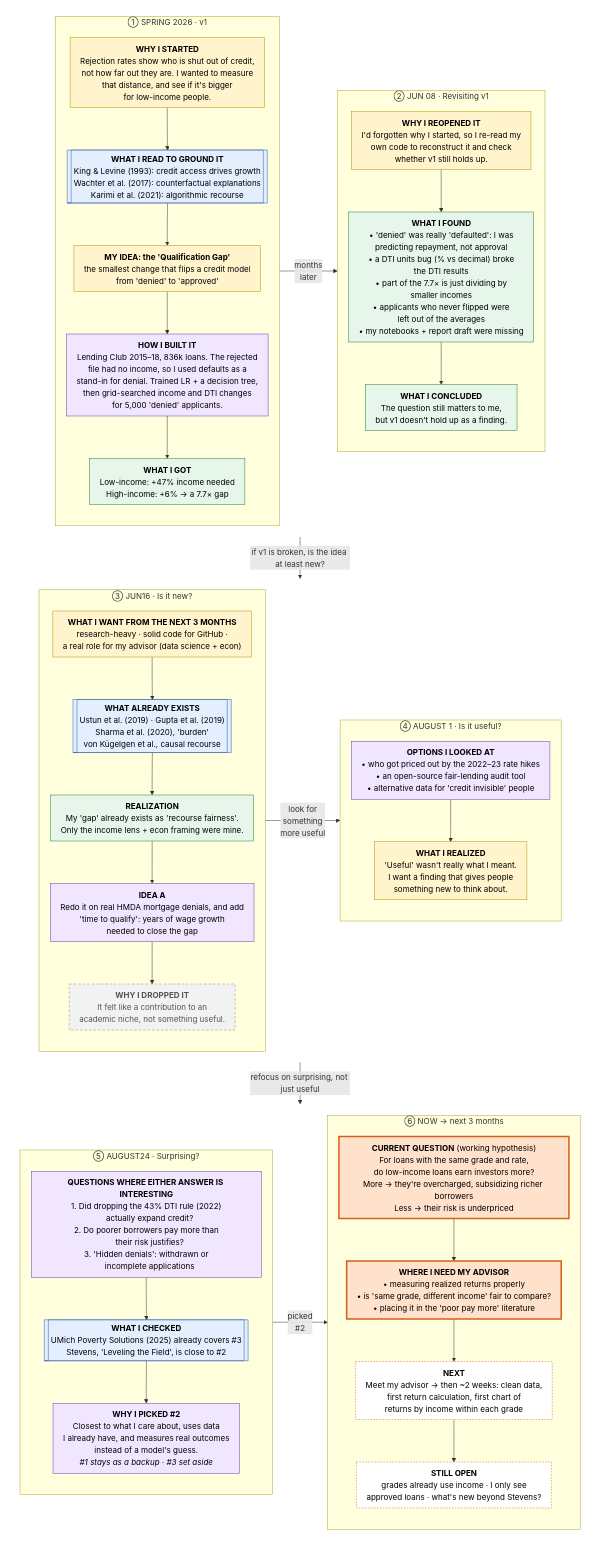
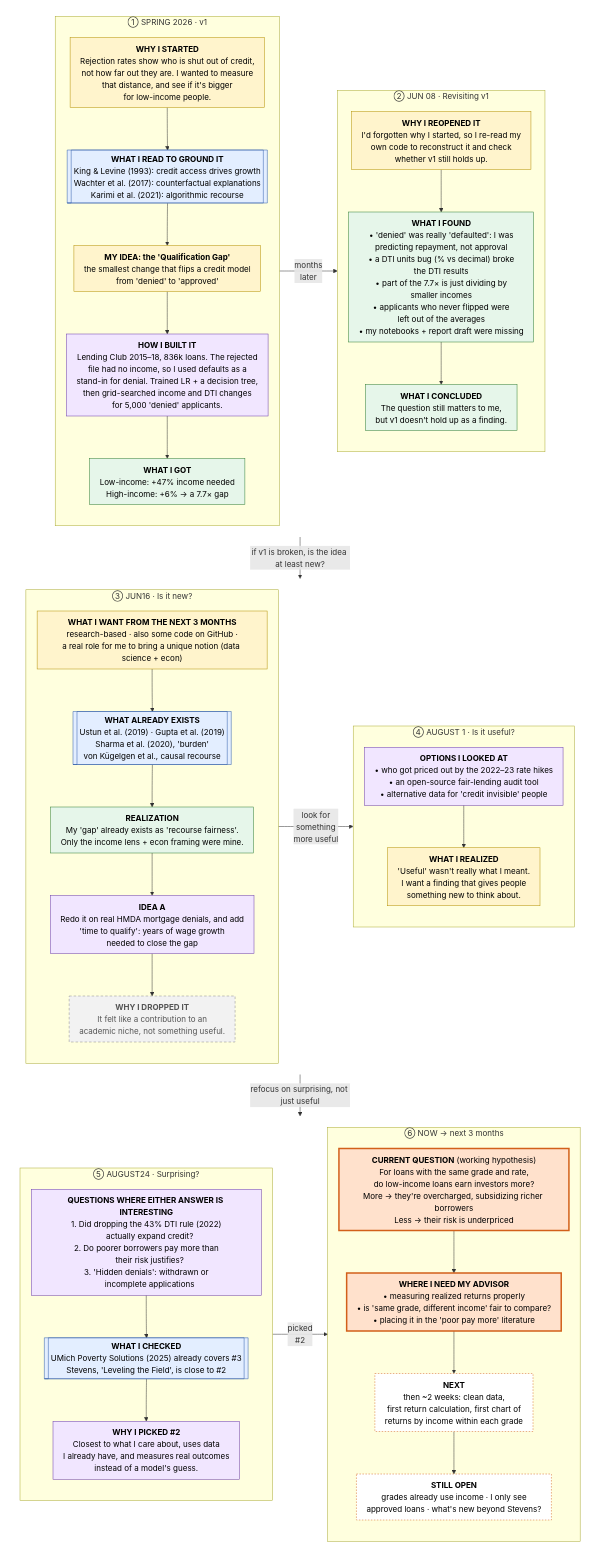
One commit to sash026/who-pays-for-risk changed the diagram in README.md. Above: the diagram before and after it, drawn with Mermaid.

Commit message:
formatting issues fixed

```diff
--- a/README.md
+++ b/README.md
@@ -31,7 +31,7 @@
 
   subgraph P2["③ JUN16 · Is it new?"]
     direction TB
-    C0["<b>WHAT I WANT FROM THE NEXT 3 MONTHS</b><br/>research-heavy · solid code for GitHub ·<br/>a real role for my advisor (data science + econ)"]
+    C0["<b>WHAT I WANT FROM THE NEXT 3 MONTHS</b><br/>research-based · also some code on GitHub ·<br/>a real role for me to bring a unique notion (data science + econ)"]
     C1[["<b>WHAT ALREADY EXISTS</b><br/>Ustun et al. (2019) · Gupta et al. (2019)<br/>Sharma et al. (2020), 'burden'<br/>von Kügelgen et al., causal recourse"]]
     C2["<b>REALIZATION</b><br/>My 'gap' already exists as 'recourse fairness'.<br/>Only the income lens + econ framing were mine."]
     C3["<b>IDEA A</b><br/>Redo it on real HMDA mortgage denials, and add<br/>'time to qualify': years of wage growth<br/>needed to close the gap"]
@@ -56,7 +56,7 @@
     direction TB
     E0["<b>QUESTIONS WHERE EITHER ANSWER IS INTERESTING</b><br/>1. Did dropping the 43% DTI rule (2022)<br/>   actually expand credit?<br/>2. Do poorer borrowers pay more than<br/>   their risk justifies?<br/>3. 'Hidden denials': withdrawn or<br/>   incomplete applications"]
     E1[["<b>WHAT I CHECKED</b><br/>UMich Poverty Solutions (2025) already covers #3<br/>Stevens, 'Leveling the Field', is close to #2"]]
-    E2["<b>WHY I PICKED #2</b><br/>Closest to what I care about, uses data<br/>I already have, and measures real outcomes<br/>instead of a model's guess.<br/><i>#1 stays as a backup · #3 set aside</i>"]
+    E2["<b>WHY I PICKED #2</b><br/>Closest to what I care about, uses data<br/>I already have, and measures real outcomes<br/>instead of a model's guess.<br/><i></i>"]
     E0 --> E1 --> E2
   end
 
@@ -64,7 +64,7 @@
     direction TB
     F0["<b>CURRENT QUESTION</b> (working hypothesis)<br/>For loans with the same grade and rate,<br/>do low-income loans earn investors more?<br/>More → they're overcharged, subsidizing richer borrowers<br/>Less → their risk is underpriced"]
     F1["<b>WHERE I NEED MY ADVISOR</b><br/>• measuring realized returns properly<br/>• is 'same grade, different income' fair to compare?<br/>• placing it in the 'poor pay more' literature"]
-    F2["<b>NEXT</b><br/>Meet my advisor → then ~2 weeks: clean data,<br/>first return calculation, first chart of<br/>returns by income within each grade"]
+    F2["<b>NEXT</b><br/>then ~2 weeks: clean data,<br/>first return calculation, first chart of<br/>returns by income within each grade"]
     F3["<b>STILL OPEN</b><br/>grades already use income · I only see<br/>approved loans · what's new beyond Stevens?"]
     F0 --> F1 --> F2 --> F3
   end
```
